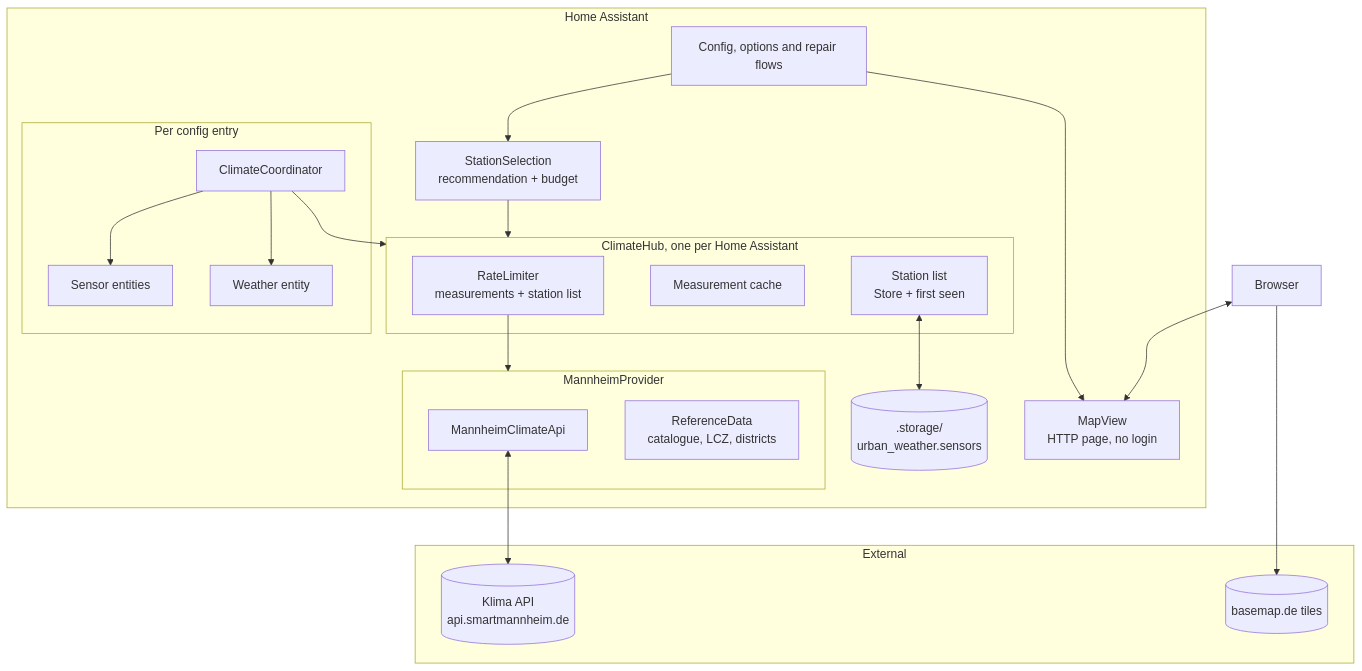
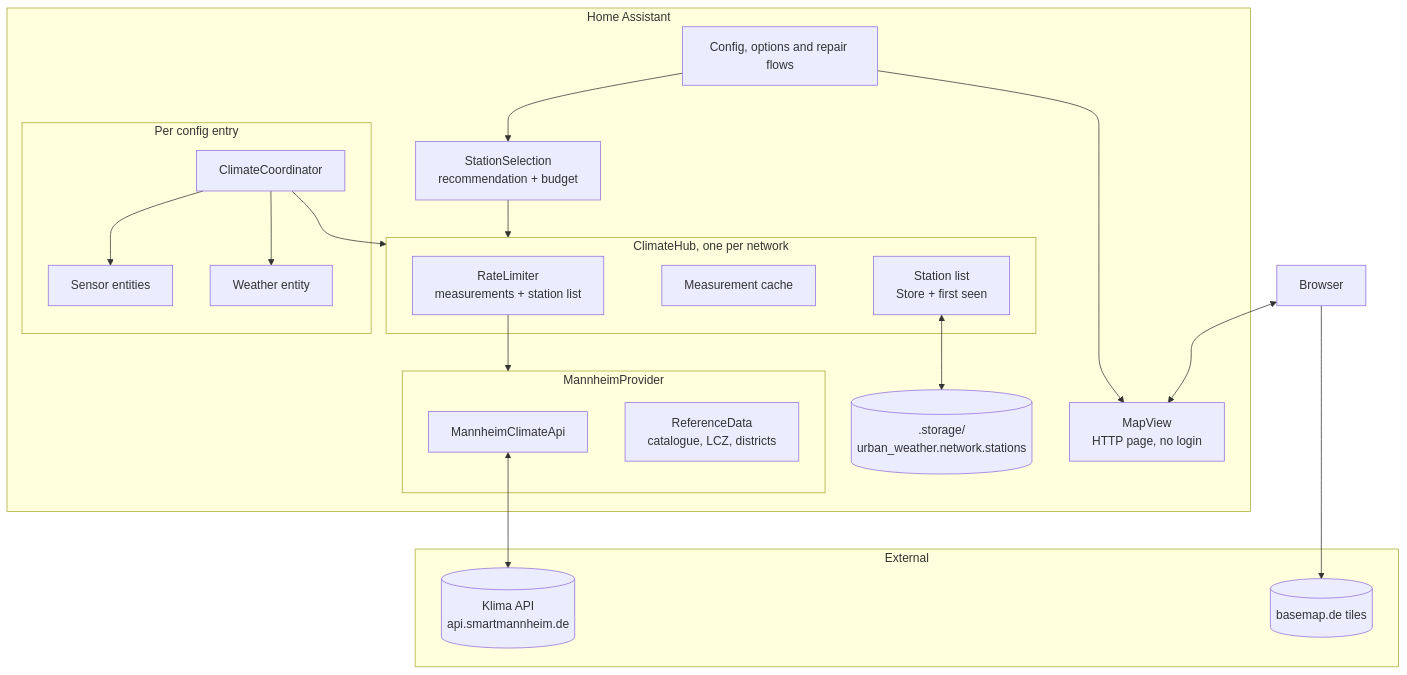
The first of 3 diagrams in docs/en/developer/architecture.md (CodeBrauer/ha-urban-weather), drawn with Mermaid before and after one commit. The commit also changed other lines of this file and 30 other files, not shown here.

First line of the commit message:
feat: choose the network in the config flow (#78)

````diff
--- a/docs/en/developer/architecture.md
+++ b/docs/en/developer/architecture.md
@@ -9,38 +9,38 @@
 ```mermaid
 flowchart TB
     subgraph External
         API[(Klima API<br>api.smartmannheim.de)]
         Tiles[(basemap.de tiles)]
     end
     subgraph HA[Home Assistant]
-        subgraph HubBox[ClimateHub, one per Home Assistant]
+        subgraph HubBox[ClimateHub, one per network]
             Limiter[RateLimiter<br>measurements + station list]
             Cache[Measurement cache]
             List[Station list<br>Store + first seen]
         end
         subgraph ProviderBox[MannheimProvider]
             Client[MannheimClimateApi]
             Ref[ReferenceData<br>catalogue, LCZ, districts]
         end
-        Store[(.storage/<br>urban_weather.sensors)]
+        Store[(.storage/<br>urban_weather.network.stations)]
         subgraph Entry[Per config entry]
             Coord[ClimateCoordinator]
             Sensors[Sensor entities]
             Weather[Weather entity]
         end
         Flows[Config, options and repair flows]
         Selection[StationSelection<br>recommendation + budget]
         MapView[MapView<br>HTTP page, no login]
     end
     Browser[Browser]
     Limiter --> ProviderBox
     Client <--> API
     List <--> Store
     Coord --> HubBox
     Coord --> Sensors
     Coord --> Weather
     Flows --> Selection --> HubBox
     Flows --> MapView
     Browser <--> MapView
     Browser --> Tiles
 ```
````
